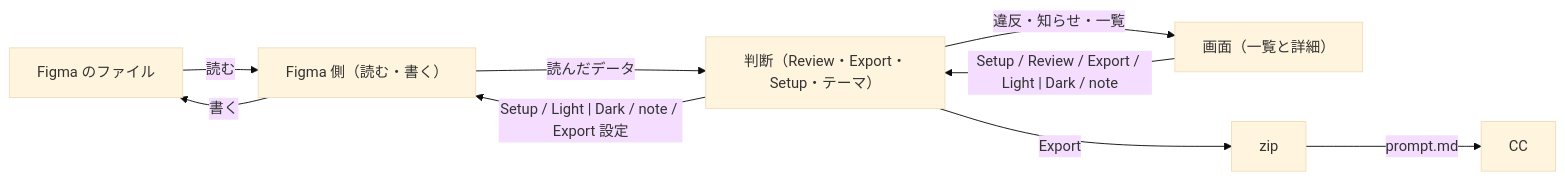
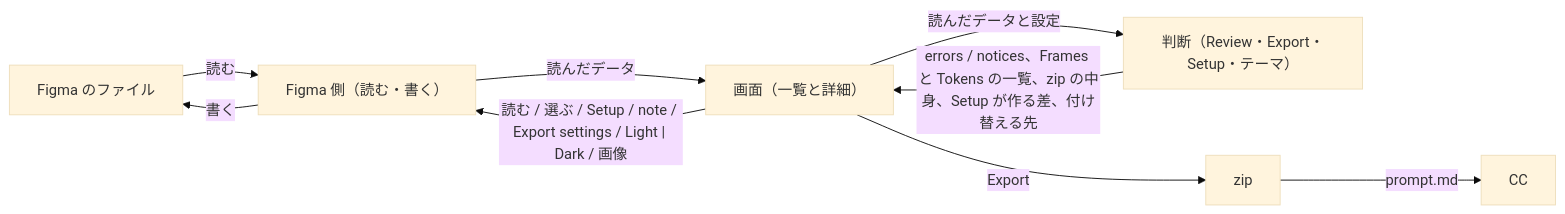
Before and after one commit to lovaizu/telldes: the diagram in docs/design.md, drawn with Mermaid (base theme). The commit also changed other lines of this file and 1 other file, not shown here.

Commit message:
docs: align the structure with the code, restore reasons, and settle dark, token and title rules

````diff
--- a/docs/design.md
+++ b/docs/design.md
@@ -37,11 +35,11 @@
 ```mermaid
 flowchart LR
   file["Figma のファイル"] -- "読む" --> figma["Figma 側（読む・書く）"]
-  figma -- "読んだデータ" --> judge["判断（Review・Export・Setup・テーマ）"]
-  judge -- "違反・知らせ・一覧" --> ui["画面（一覧と詳細）"]
-  ui -- "Setup / Review / Export / Light | Dark / note" --> judge
-  judge -- "Setup / Light | Dark / note / Export 設定" --> figma
   figma -- "書く" --> file
-  judge -- "Export" --> zip["zip"]
+  figma -- "読んだデータ" --> ui["画面（一覧と詳細）"]
+  ui -- "読む / 選ぶ / Setup / note / Export settings / Light | Dark / 画像" --> figma
+  ui -- "読んだデータと設定" --> judge["判断（Review・Export・Setup・テーマ）"]
+  judge -- "errors / notices、Frames と Tokens の一覧、zip の中身、Setup が作る差、付け替える先" --> ui
+  ui -- "Export" --> zip["zip"]
   zip -- "prompt.md" --> cc["CC"]
 ```
````
